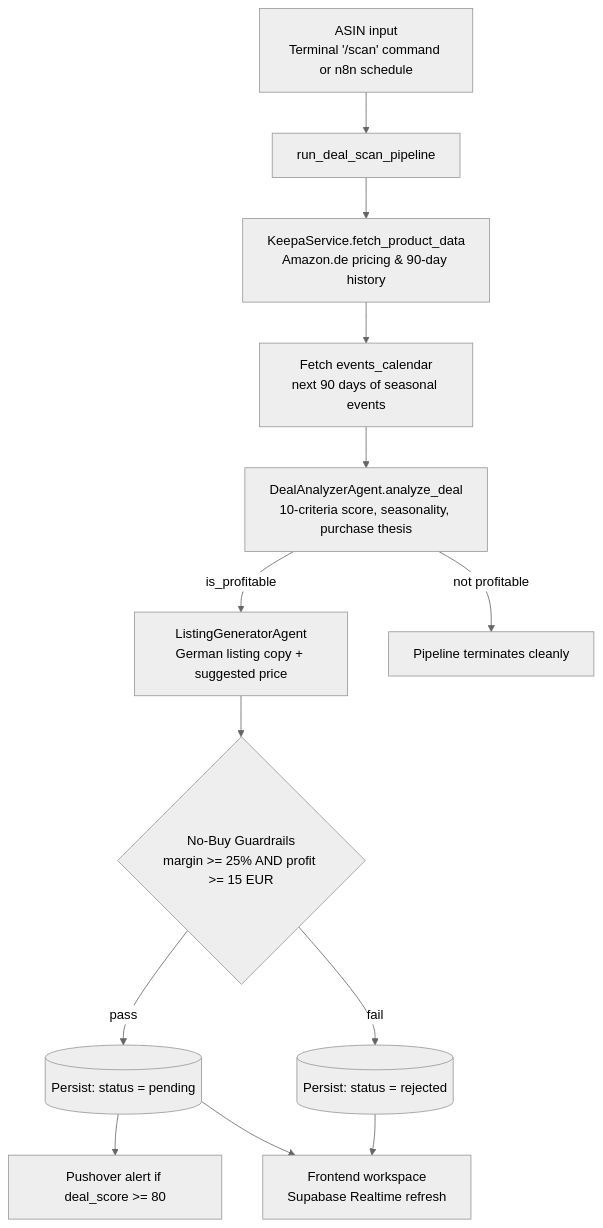
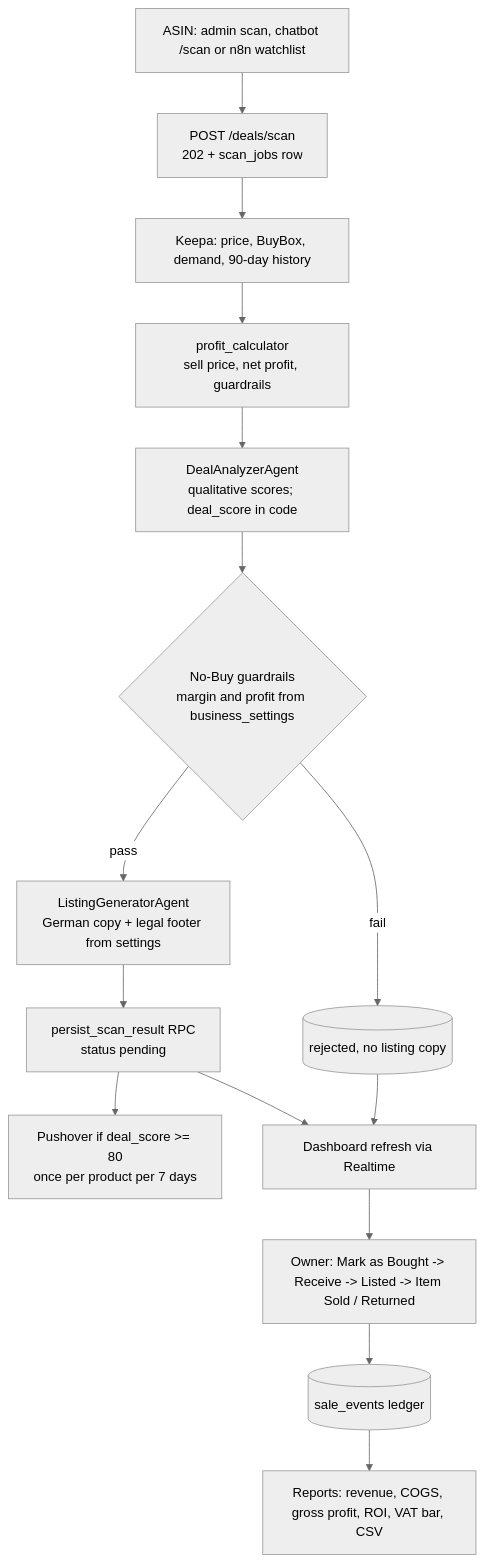
Before and after one commit to ridvanyigit/vindera-workspace: the first of 2 diagrams in TECH-DOKUMENTATION.md, drawn with Mermaid (neutral theme). The commit also changed other lines of this file and 8 other files, not shown here.

First line of the commit message:
Phase 9: documentation, owner guide and test-data clean-up script

````diff
--- a/TECH-DOKUMENTATION.md
+++ b/TECH-DOKUMENTATION.md
@@ -45,15 +45,17 @@
 ```mermaid
 flowchart TD
-    A[ASIN input<br/>Terminal '/scan' command or n8n schedule] --> B[run_deal_scan_pipeline]
-    B --> C[KeepaService.fetch_product_data<br/>Amazon.de pricing & 90-day history]
-    C --> D[Fetch events_calendar<br/>next 90 days of seasonal events]
-    D --> E[DealAnalyzerAgent.analyze_deal<br/>10-criteria score, seasonality, purchase thesis]
-    E -- is_profitable --> F[ListingGeneratorAgent<br/>German listing copy + suggested price]
-    E -- not profitable --> G[Pipeline terminates cleanly]
-    F --> H{No-Buy Guardrails<br/>margin >= 25% AND profit >= 15 EUR}
-    H -- pass --> I[(Persist: status = pending)]
-    H -- fail --> J[(Persist: status = rejected)]
-    I --> K[Pushover alert if deal_score >= 80]
-    I --> L[Frontend workspace<br/>Supabase Realtime refresh]
-    J --> L
+    A[ASIN: admin scan, chatbot /scan or n8n watchlist] --> B[POST /deals/scan<br/>202 + scan_jobs row]
+    B --> C[Keepa: price, BuyBox, demand, 90-day history]
+    C --> D[profit_calculator<br/>sell price, net profit, guardrails]
+    D --> E[DealAnalyzerAgent<br/>qualitative scores; deal_score in code]
+    E --> F{No-Buy guardrails<br/>margin and profit from business_settings}
+    F -- fail --> G[(rejected, no listing copy)]
+    F -- pass --> H[ListingGeneratorAgent<br/>German copy + legal footer from settings]
+    H --> I[persist_scan_result RPC<br/>status pending]
+    I --> J[Pushover if deal_score >= 80<br/>once per product per 7 days]
+    I --> K[Dashboard refresh via Realtime]
+    G --> K
+    K --> L[Owner: Mark as Bought -> Receive -> Listed -> Item Sold / Returned]
+    L --> M[(sale_events ledger)]
+    M --> N[Reports: revenue, COGS, gross profit, ROI, VAT bar, CSV]
 ```
````
